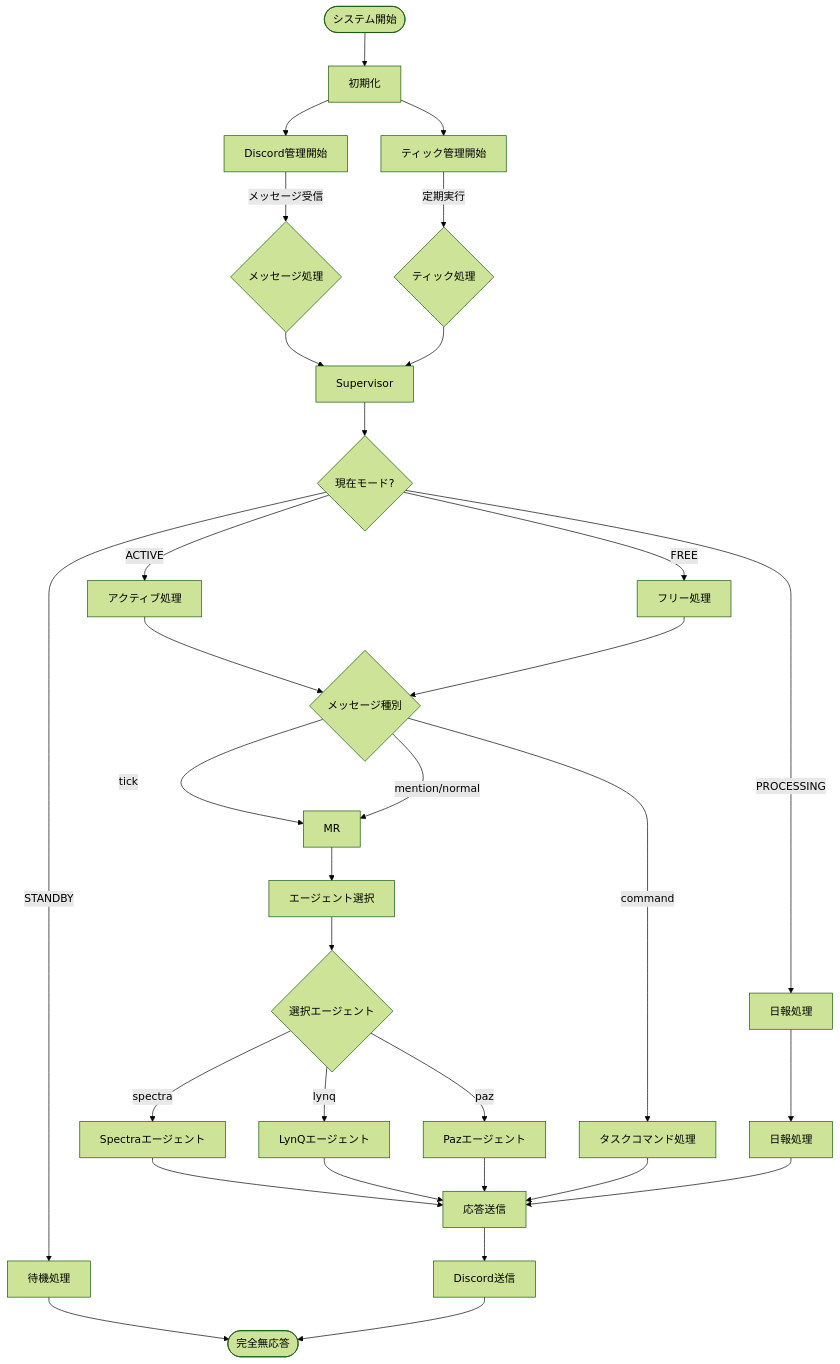
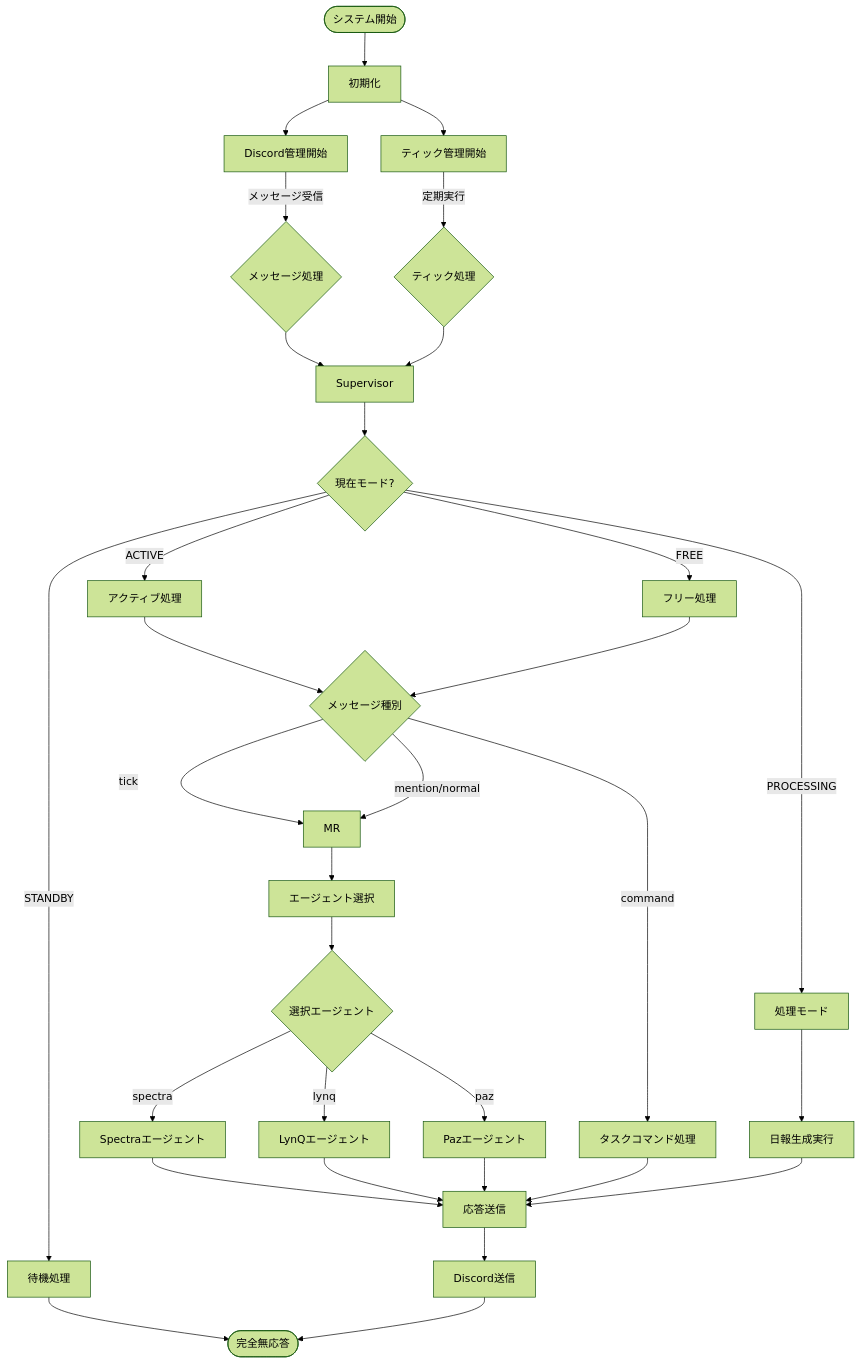
The second of 3 diagrams in _docs/architecture.md (sito-sikino/project-011), drawn with Mermaid (forest theme) before and after one commit. The commit also changed other lines of this file and 2 other files, not shown here.

````diff
--- a/_docs/architecture.md
+++ b/_docs/architecture.md
@@ -687,46 +967,46 @@
 ```mermaid
 flowchart TD
     Start([システム開始]) --> Init[初期化]
     Init --> DM[Discord管理開始]
     Init --> TM[ティック管理開始]
     
     DM --> |メッセージ受信| MsgProc{メッセージ処理}
     TM --> |定期実行| TickProc{ティック処理}
     
     MsgProc --> S[Supervisor]
     TickProc --> S
     
     S --> Mode{現在モード?}
     
     Mode --> |STANDBY| StandbyFlow[待機処理]
-    Mode --> |PROCESSING| ProcFlow[日報処理]  
+    Mode --> |PROCESSING| ProcFlow[処理モード]  
     Mode --> |ACTIVE| ActiveFlow[アクティブ処理]
     Mode --> |FREE| FreeFlow[フリー処理]
     
     StandbyFlow --> End([完全無応答])
     
-    ProcFlow --> RP[日報処理]
+    ProcFlow --> RP[日報生成実行]
     
     ActiveFlow --> MsgType{メッセージ種別}
     FreeFlow --> MsgType
     
     MsgType --> |command| TCP[タスクコマンド処理]
     MsgType --> |tick| MR
     MsgType --> |mention/normal| MR
     
     MR --> AS[エージェント選択]
     
     AS --> AgentType{選択エージェント}
     AgentType --> |spectra| SA[Spectraエージェント]
     AgentType --> |lynq| LA[LynQエージェント] 
     AgentType --> |paz| PA[Pazエージェント]
     
     SA --> RS[応答送信]
     LA --> RS
     PA --> RS
     TCP --> RS
     RP --> RS
     
     RS --> Send[Discord送信]
     Send --> End
 ```
````
